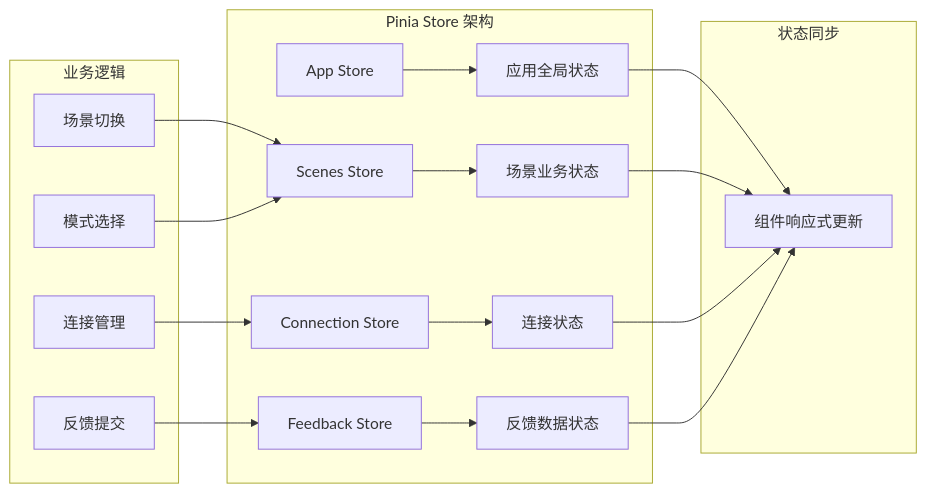
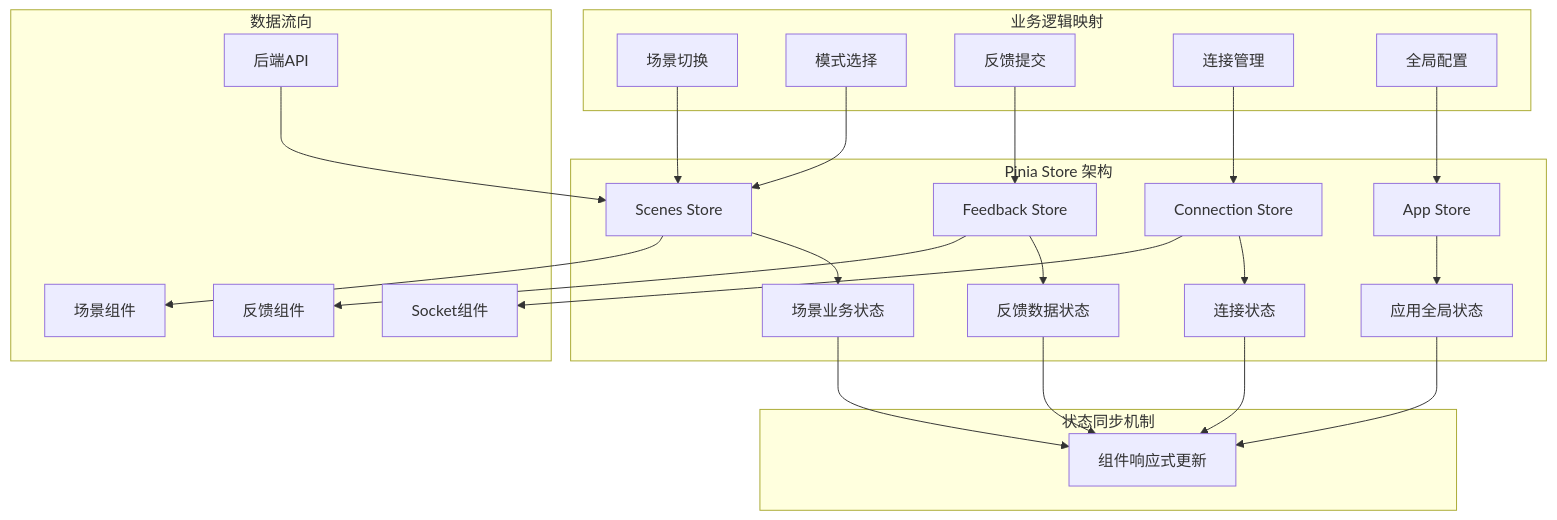
Before and after one commit to Songmengdi/mcp-feedback-collector: the second of 8 diagrams in docs/模块层/前端模块/详细分析.md, drawn with Mermaid. The commit also changed other lines of this file and 37 other files, not shown here.

````diff
--- a/docs/模块层/前端模块/详细分析.md
+++ b/docs/模块层/前端模块/详细分析.md
@@ -57,23 +108,31 @@
 ```mermaid
-graph LR
+graph TB
     subgraph "Pinia Store 架构"
-        A[App Store] --> B[应用全局状态]
-        C[Scenes Store] --> D[场景业务状态]
-        E[Connection Store] --> F[连接状态]
-        G[Feedback Store] --> H[反馈数据状态]
+        A[Scenes Store] --> B[场景业务状态]
+        C[App Store] --> D[应用全局状态]
+        E[Feedback Store] --> F[反馈数据状态]
+        G[Connection Store] --> H[连接状态]
     end
     
-    subgraph "状态同步"
+    subgraph "状态同步机制"
         B --> I[组件响应式更新]
         D --> I
         F --> I
         H --> I
     end
     
-    subgraph "业务逻辑"
-        J[场景切换] --> C
-        K[模式选择] --> C
-        L[反馈提交] --> G
-        M[连接管理] --> E
+    subgraph "业务逻辑映射"
+        J[场景切换] --> A
+        K[模式选择] --> A
+        L[反馈提交] --> E
+        M[连接管理] --> G
+        N[全局配置] --> C
+    end
+    
+    subgraph "数据流向"
+        O[后端API] --> A
+        A --> P[场景组件]
+        E --> Q[反馈组件]
+        G --> R[Socket组件]
     end
 ```
````
